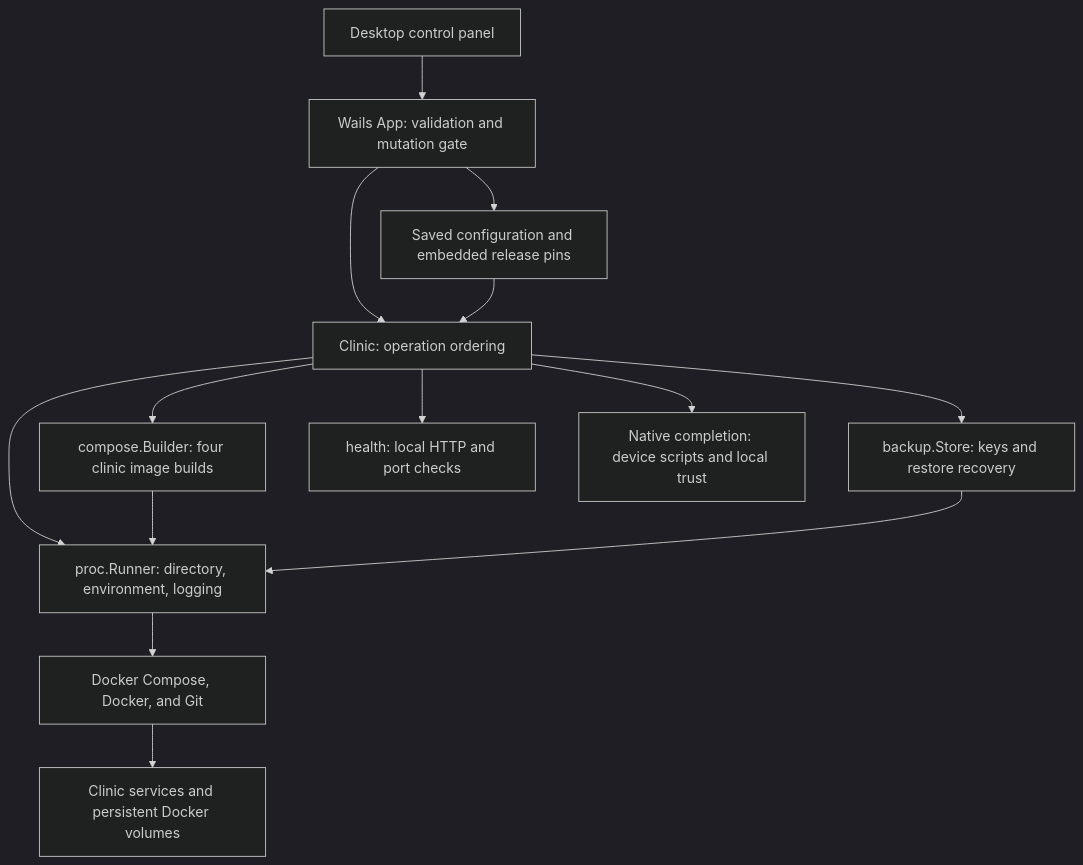
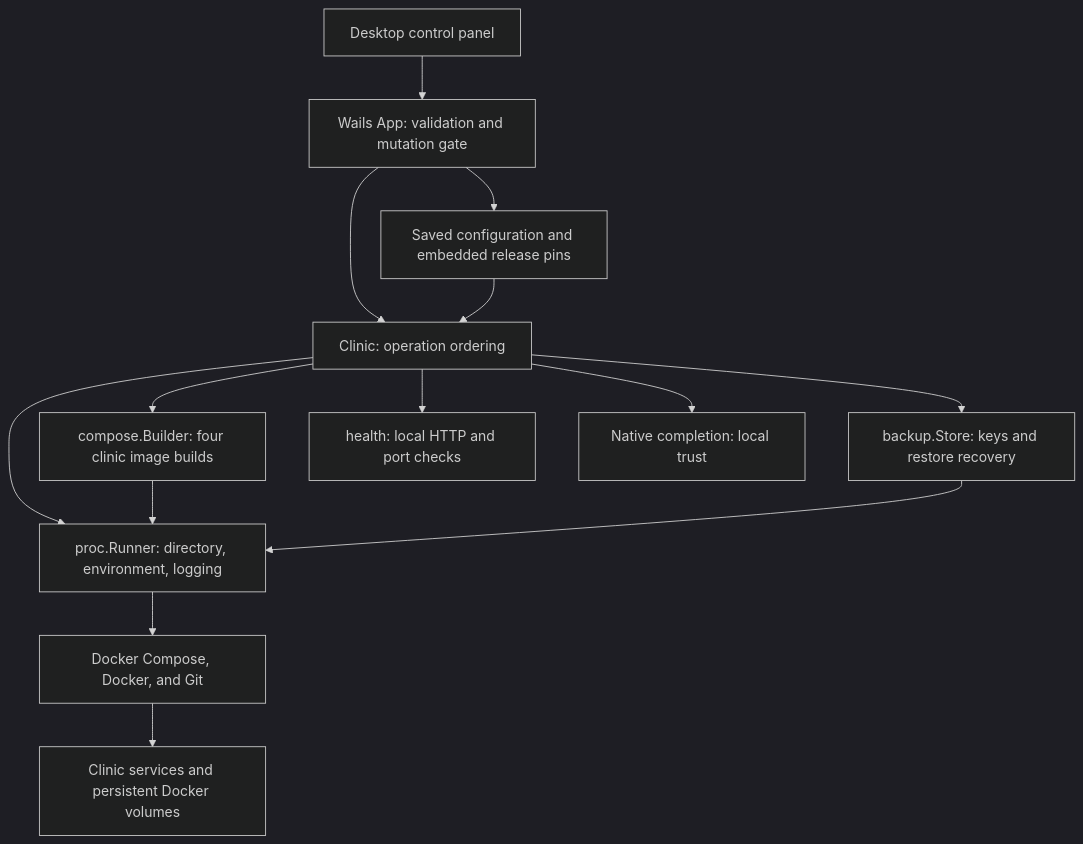
One commit to ohcnetwork/care_desktop changed the first of 6 diagrams in docs/clinic-lifecycle.md. Above: the diagram before and after it, drawn with Mermaid (dark theme). The commit also changed other lines of this file and 50 other files, not shown here.

````diff
--- a/docs/clinic-lifecycle.md
+++ b/docs/clinic-lifecycle.md
@@ -59,16 +59,16 @@
 ```mermaid
 flowchart TD
     UI["Desktop control panel"] --> App["Wails App: validation and mutation gate"]
     App --> Config["Saved configuration and embedded release pins"]
     App --> Clinic["Clinic: operation ordering"]
     Config --> Clinic
     Clinic --> Runner["proc.Runner: directory, environment, logging"]
     Clinic --> Builder["compose.Builder: four clinic image builds"]
     Clinic --> Backup["backup.Store: keys and restore recovery"]
     Clinic --> Health["health: local HTTP and port checks"]
-    Clinic --> Native["Native completion: device scripts and local trust"]
+    Clinic --> Native["Native completion: local trust"]
     Builder --> Runner
     Backup --> Runner
     Runner --> Tools["Docker Compose, Docker, and Git"]
     Tools --> Stack["Clinic services and persistent Docker volumes"]
 ```
````
